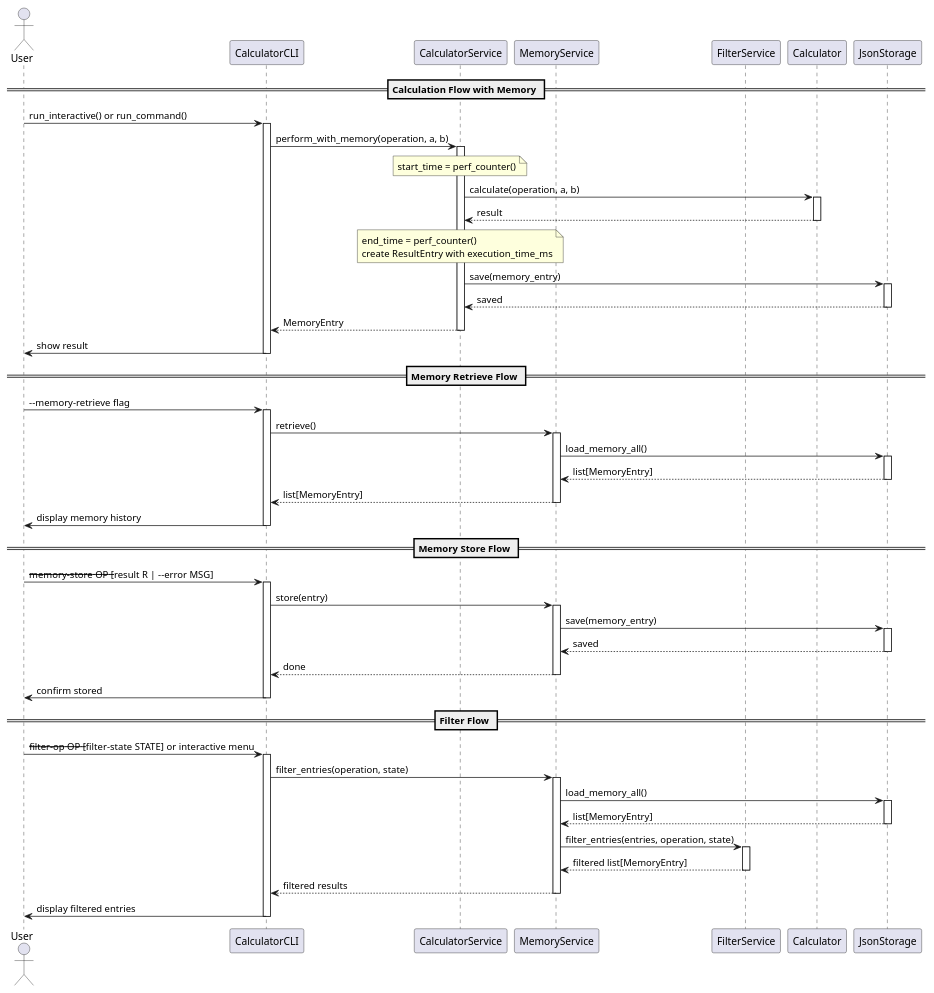
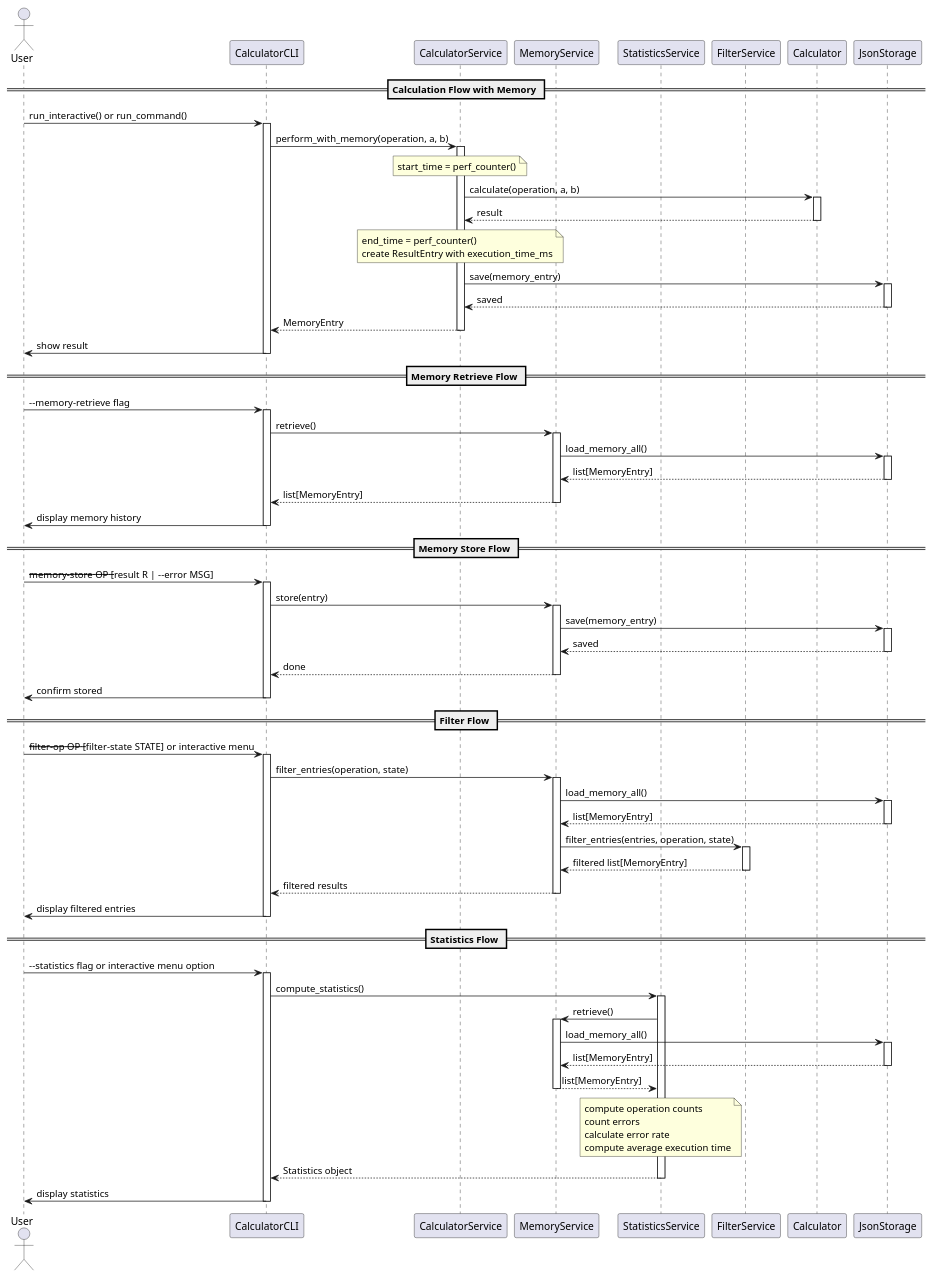
The diagram in experiments/broadcast/user_stories/calculator/artifacts/sequence_diagram.puml (DanielRiha8906/Software_autoevolution_using_agents), drawn with PlantUML before and after one commit. The commit also changed 15 other files, not shown here.

```diff
--- a/experiments/broadcast/user_stories/calculator/artifacts/sequence_diagram.puml
+++ b/experiments/broadcast/user_stories/calculator/artifacts/sequence_diagram.puml
@@ -1,97 +1,124 @@
 @startuml sequence_diagram
 
 actor User
 participant CalculatorCLI
 participant CalculatorService
 participant MemoryService
+participant StatisticsService
 participant FilterService
 participant Calculator
 participant JsonStorage
 
 == Calculation Flow with Memory ==
 User -> CalculatorCLI: run_interactive() or run_command()
 activate CalculatorCLI
 
 CalculatorCLI -> CalculatorService: perform_with_memory(operation, a, b)
 activate CalculatorService
 
 note over CalculatorService: start_time = perf_counter()
 
 CalculatorService -> Calculator: calculate(operation, a, b)
 activate Calculator
 Calculator --> CalculatorService: result
 deactivate Calculator
 
 note over CalculatorService: end_time = perf_counter()\ncreate ResultEntry with execution_time_ms
 
 CalculatorService -> JsonStorage: save(memory_entry)
 activate JsonStorage
 JsonStorage --> CalculatorService: saved
 deactivate JsonStorage
 
 CalculatorService --> CalculatorCLI: MemoryEntry
 deactivate CalculatorService
 
 CalculatorCLI -> User: show result
 deactivate CalculatorCLI
 
 == Memory Retrieve Flow ==
 User -> CalculatorCLI: --memory-retrieve flag
 activate CalculatorCLI
 
 CalculatorCLI -> MemoryService: retrieve()
 activate MemoryService
 
 MemoryService -> JsonStorage: load_memory_all()
 activate JsonStorage
 JsonStorage --> MemoryService: list[MemoryEntry]
 deactivate JsonStorage
 
 MemoryService --> CalculatorCLI: list[MemoryEntry]
 deactivate MemoryService
 
 CalculatorCLI -> User: display memory history
 deactivate CalculatorCLI
 
 == Memory Store Flow ==
 User -> CalculatorCLI: --memory-store OP [--result R | --error MSG]
 activate CalculatorCLI
 
 CalculatorCLI -> MemoryService: store(entry)
 activate MemoryService
 
 MemoryService -> JsonStorage: save(memory_entry)
 activate JsonStorage
 JsonStorage --> MemoryService: saved
 deactivate JsonStorage
 
 MemoryService --> CalculatorCLI: done
 deactivate MemoryService
 
 CalculatorCLI -> User: confirm stored
 deactivate CalculatorCLI
 
 == Filter Flow ==
 User -> CalculatorCLI: --filter-op OP [--filter-state STATE] or interactive menu
 activate CalculatorCLI
 
 CalculatorCLI -> MemoryService: filter_entries(operation, state)
 activate MemoryService
 
 MemoryService -> JsonStorage: load_memory_all()
 activate JsonStorage
 JsonStorage --> MemoryService: list[MemoryEntry]
 deactivate JsonStorage
 
 MemoryService -> FilterService: filter_entries(entries, operation, state)
 activate FilterService
 FilterService --> MemoryService: filtered list[MemoryEntry]
 deactivate FilterService
 
 MemoryService --> CalculatorCLI: filtered results
 deactivate MemoryService
 
 CalculatorCLI -> User: display filtered entries
 deactivate CalculatorCLI
 
+== Statistics Flow ==
+User -> CalculatorCLI: --statistics flag or interactive menu option
+activate CalculatorCLI
+
+CalculatorCLI -> StatisticsService: compute_statistics()
+activate StatisticsService
+
+StatisticsService -> MemoryService: retrieve()
+activate MemoryService
+
+MemoryService -> JsonStorage: load_memory_all()
+activate JsonStorage
+JsonStorage --> MemoryService: list[MemoryEntry]
+deactivate JsonStorage
+
+MemoryService --> StatisticsService: list[MemoryEntry]
+deactivate MemoryService
+
+note over StatisticsService: compute operation counts\ncount errors\ncalculate error rate\ncompute average execution time
+
+StatisticsService --> CalculatorCLI: Statistics object
+deactivate StatisticsService
+
+CalculatorCLI -> User: display statistics
+deactivate CalculatorCLI
+
 @enduml
```
